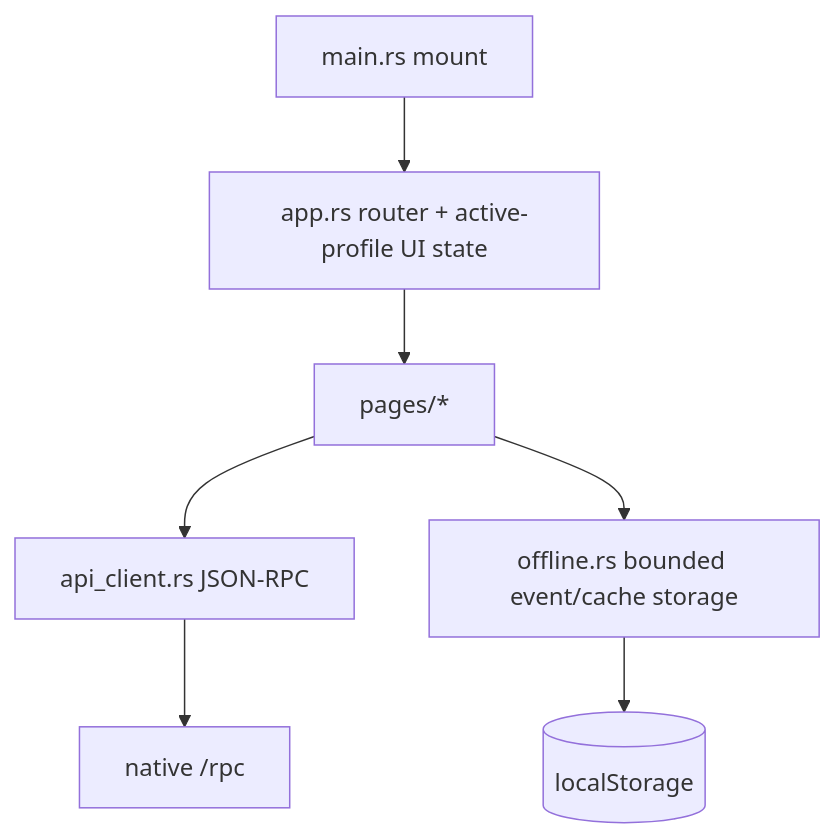
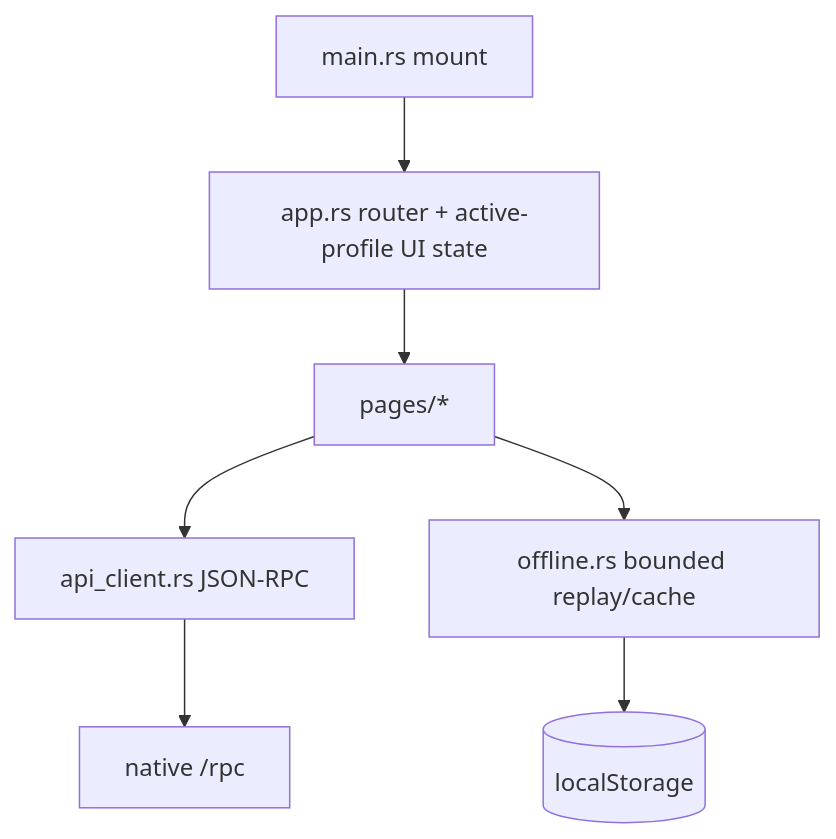
The fourth of 4 diagrams in docs/dod-preflight.md (agredyaev/lingua-tutor), drawn with Mermaid before and after one commit. The commit also changed other lines of this file and 24 other files, not shown here.

````diff
--- a/docs/dod-preflight.md
+++ b/docs/dod-preflight.md
@@ -142,17 +144,17 @@
 ```mermaid
 flowchart TD
   Main["main.rs mount"]
   App["app.rs router + active-profile UI state"]
   Pages["pages/*"]
   RPC["api_client.rs JSON-RPC"]
-  Offline["offline.rs bounded event/cache storage"]
+  Offline["offline.rs bounded replay/cache"]
   LS[("localStorage")]
   Server["native /rpc"]
 
   Main --> App
   App --> Pages
   Pages --> RPC
   Pages --> Offline
   RPC --> Server
   Offline --> LS
 ```
````
